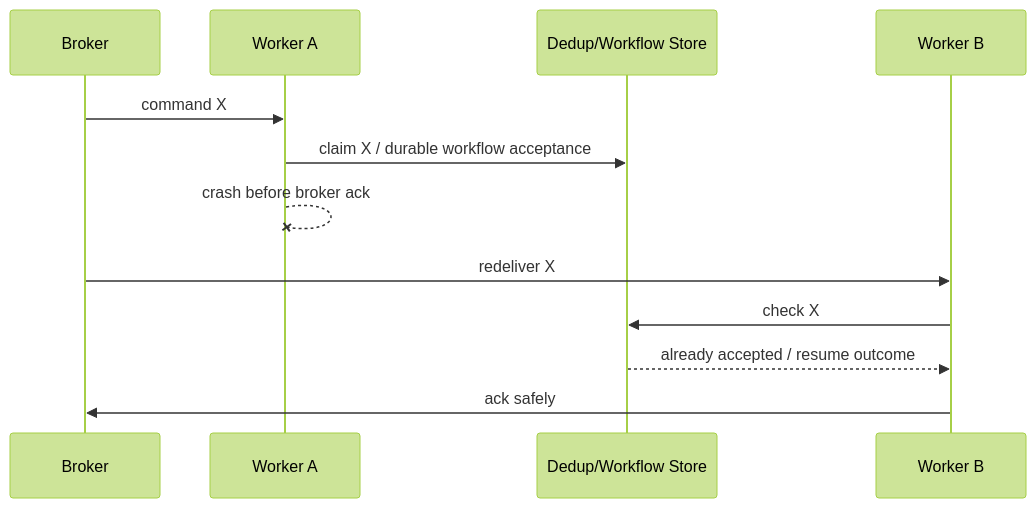
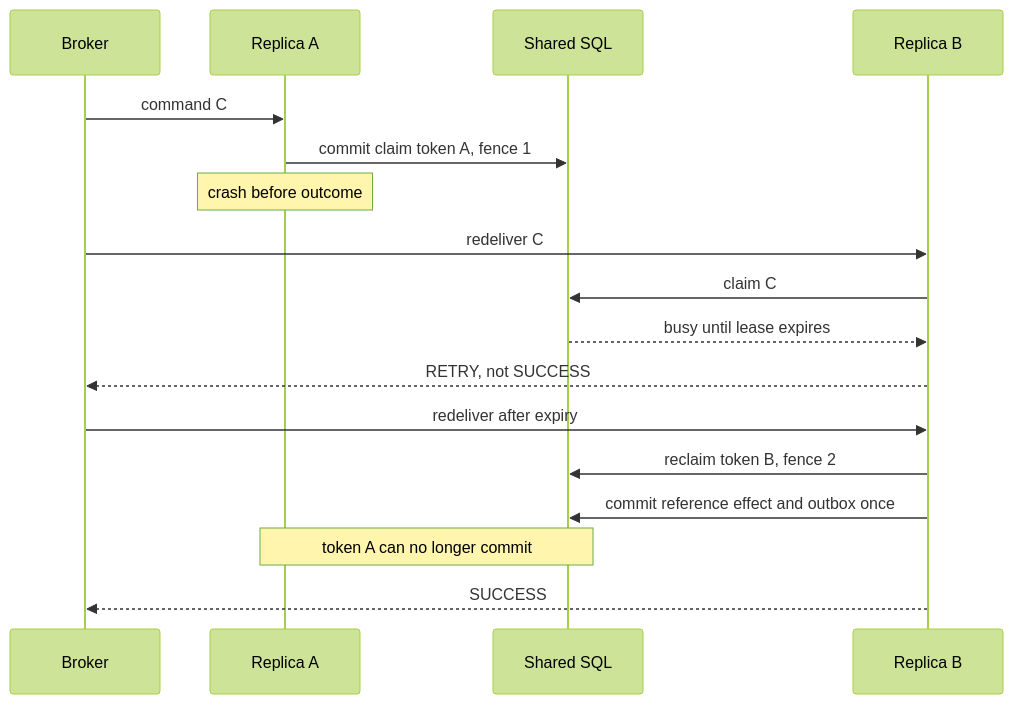
Before and after one commit to rodhayl/A2A_MQ: the second of 2 diagrams in docs/WORKFLOWS.md, drawn with Mermaid (forest theme). The commit also changed other lines of this file and 29 other files, not shown here.

Commit message:
phase 0: correct architecture and establish tested repository baseline

````diff
--- a/docs/WORKFLOWS.md
+++ b/docs/WORKFLOWS.md
@@ -60,15 +28,19 @@
 ```mermaid
 sequenceDiagram
-    participant B as Broker
-    participant W1 as Worker A
-    participant D as Dedup/Workflow Store
-    participant W2 as Worker B
-
-    B->>W1: command X
-    W1->>D: claim X / durable workflow acceptance
-    W1--xW1: crash before broker ack
-    B->>W2: redeliver X
-    W2->>D: check X
-    D-->>W2: already accepted / resume outcome
-    W2->>B: ack safely
+  participant B as Broker
+  participant W1 as Replica A
+  participant S as Shared SQL
+  participant W2 as Replica B
+  B->>W1: command C
+  W1->>S: commit claim token A, fence 1
+  Note over W1: crash before outcome
+  B->>W2: redeliver C
+  W2->>S: claim C
+  S-->>W2: busy until lease expires
+  W2-->>B: RETRY, not SUCCESS
+  B->>W2: redeliver after expiry
+  W2->>S: reclaim token B, fence 2
+  W2->>S: commit reference effect and outbox once
+  Note over W1,S: token A can no longer commit
+  W2-->>B: SUCCESS
 ```
````
